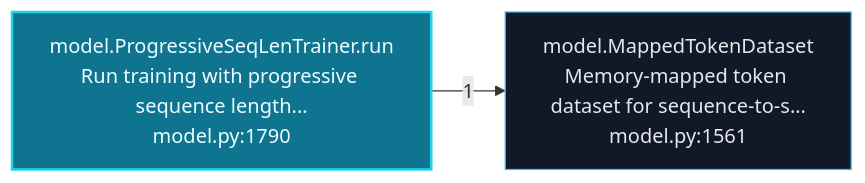
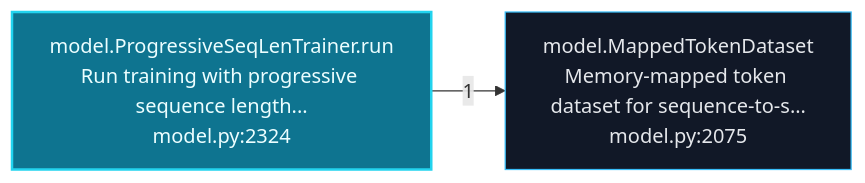
Before and after one commit to grisuno/TopoGPT3: the fourth of 7 diagrams in readmenator-apidocs/architecture.md, drawn with Mermaid. The commit also changed other lines of this file and 185 other files, not shown here.

````diff
--- a/readmenator-apidocs/architecture.md
+++ b/readmenator-apidocs/architecture.md
@@ -158,8 +159,8 @@
 ```mermaid
 flowchart LR
     classDef default fill:#111827,stroke:#38bdf8,color:#e5e7eb;
     classDef entry fill:#0e7490,stroke:#22d3ee,color:#ecfeff,stroke-width:2px;
-    n_topogpt3_model_py__run["model.ProgressiveSeqLenTrainer.run<br/>Run training with progressive sequence length...<br/>model.py:1790"]:::entry
-    n_topogpt3_model_py__MappedTokenDataset["model.MappedTokenDataset<br/>Memory-mapped token dataset for sequence-to-s...<br/>model.py:1561"]:::default
+    n_topogpt3_model_py__run["model.ProgressiveSeqLenTrainer.run<br/>Run training with progressive sequence length...<br/>model.py:2324"]:::entry
+    n_topogpt3_model_py__MappedTokenDataset["model.MappedTokenDataset<br/>Memory-mapped token dataset for sequence-to-s...<br/>model.py:2075"]:::default
     n_topogpt3_model_py__run -->|"1"| n_topogpt3_model_py__MappedTokenDataset
 ```
````
